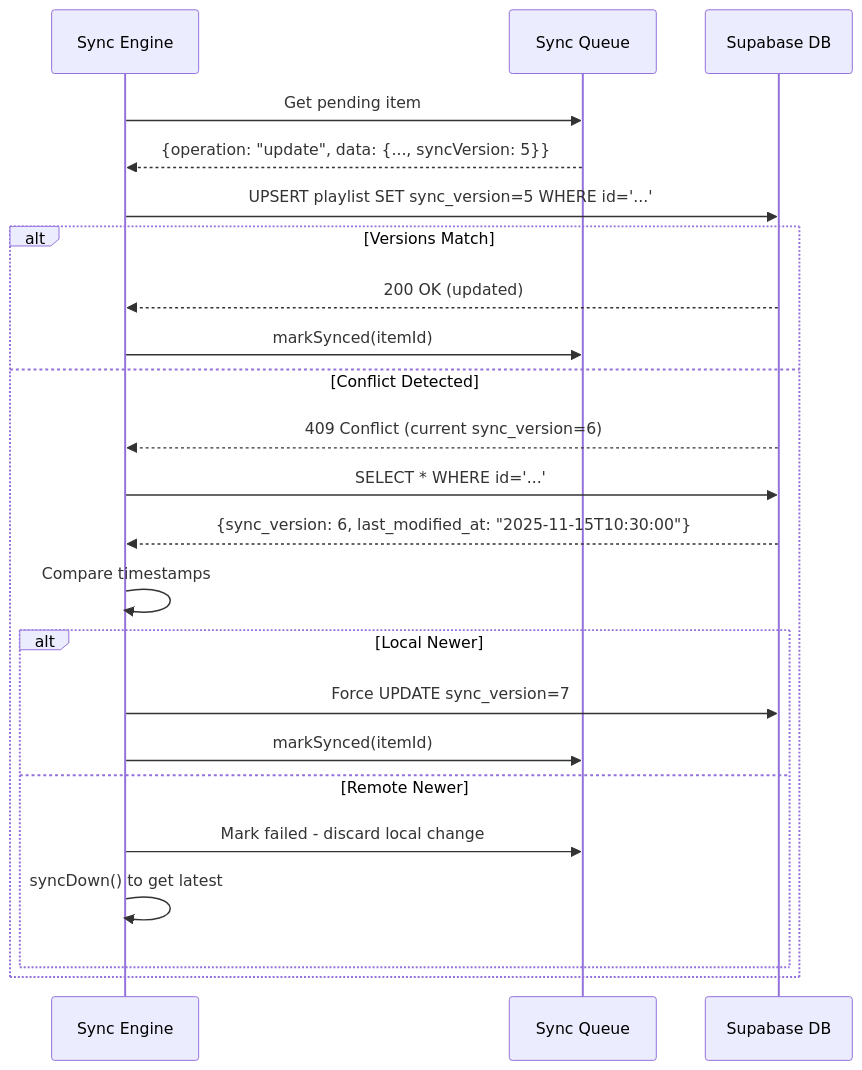
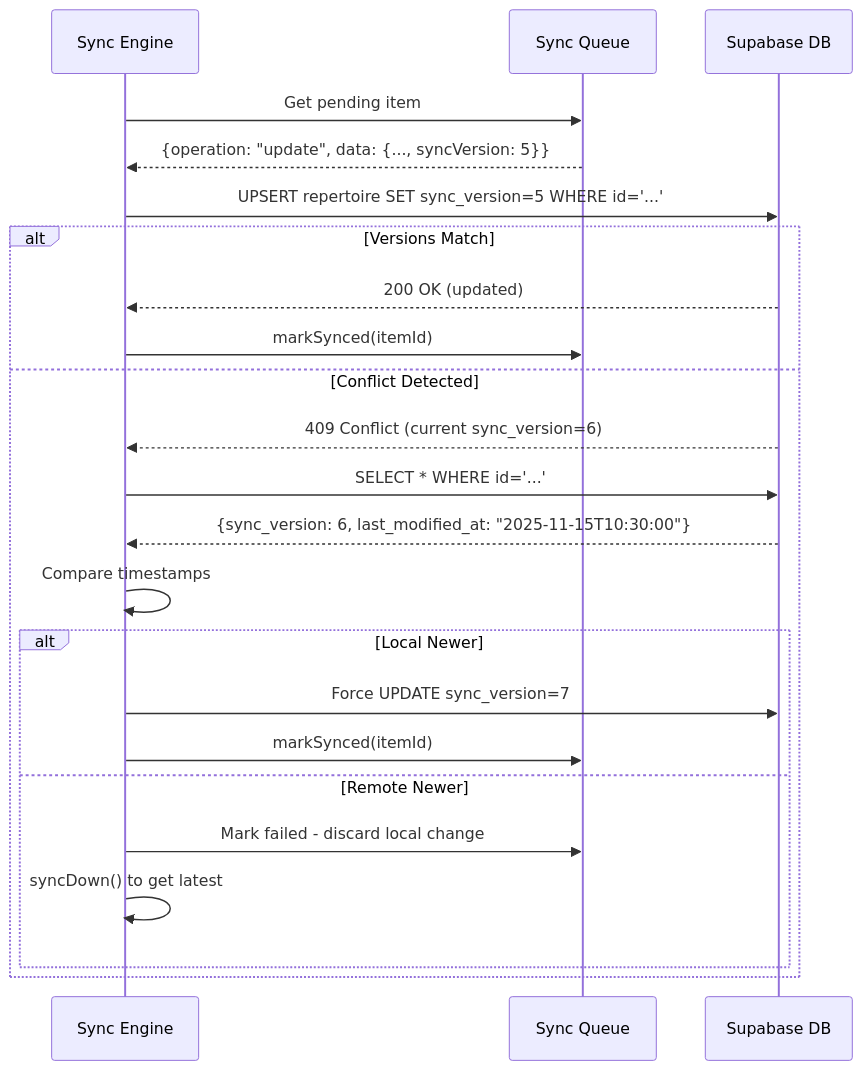
The second of 2 diagrams in docs/DB_AND_REPLICATION_ARCHITECTURE.md (sboagy/tunetrees), drawn with Mermaid before and after one commit. The commit also changed other lines of this file and 106 other files, not shown here.

Commit message:
refactor: purge playlist naming and canonicalize repertoire RPCs

````diff
--- a/docs/DB_AND_REPLICATION_ARCHITECTURE.md
+++ b/docs/DB_AND_REPLICATION_ARCHITECTURE.md
@@ -600,27 +600,27 @@
 ```mermaid
 sequenceDiagram
     participant Engine as Sync Engine
     participant Queue as Sync Queue
     participant Supabase as Supabase DB
 
     Engine->>Queue: Get pending item
     Queue-->>Engine: {operation: "update", data: {..., syncVersion: 5}}
-    Engine->>Supabase: UPSERT playlist SET sync_version=5 WHERE id='...'
+    Engine->>Supabase: UPSERT repertoire SET sync_version=5 WHERE id='...'
     
     alt Versions Match
         Supabase-->>Engine: 200 OK (updated)
         Engine->>Queue: markSynced(itemId)
     else Conflict Detected
         Supabase-->>Engine: 409 Conflict (current sync_version=6)
         Engine->>Supabase: SELECT * WHERE id='...'
         Supabase-->>Engine: {sync_version: 6, last_modified_at: "2025-11-15T10:30:00"}
         Engine->>Engine: Compare timestamps
         alt Local Newer
             Engine->>Supabase: Force UPDATE sync_version=7
             Engine->>Queue: markSynced(itemId)
         else Remote Newer
             Engine->>Queue: Mark failed - discard local change
             Engine->>Engine: syncDown() to get latest
         end
     end
 ```
````
